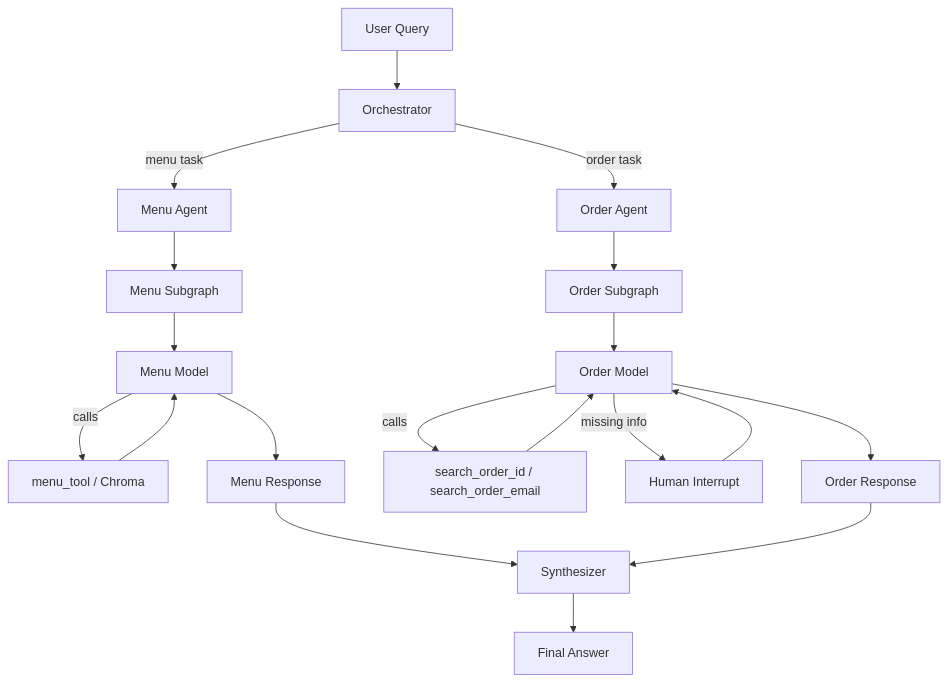
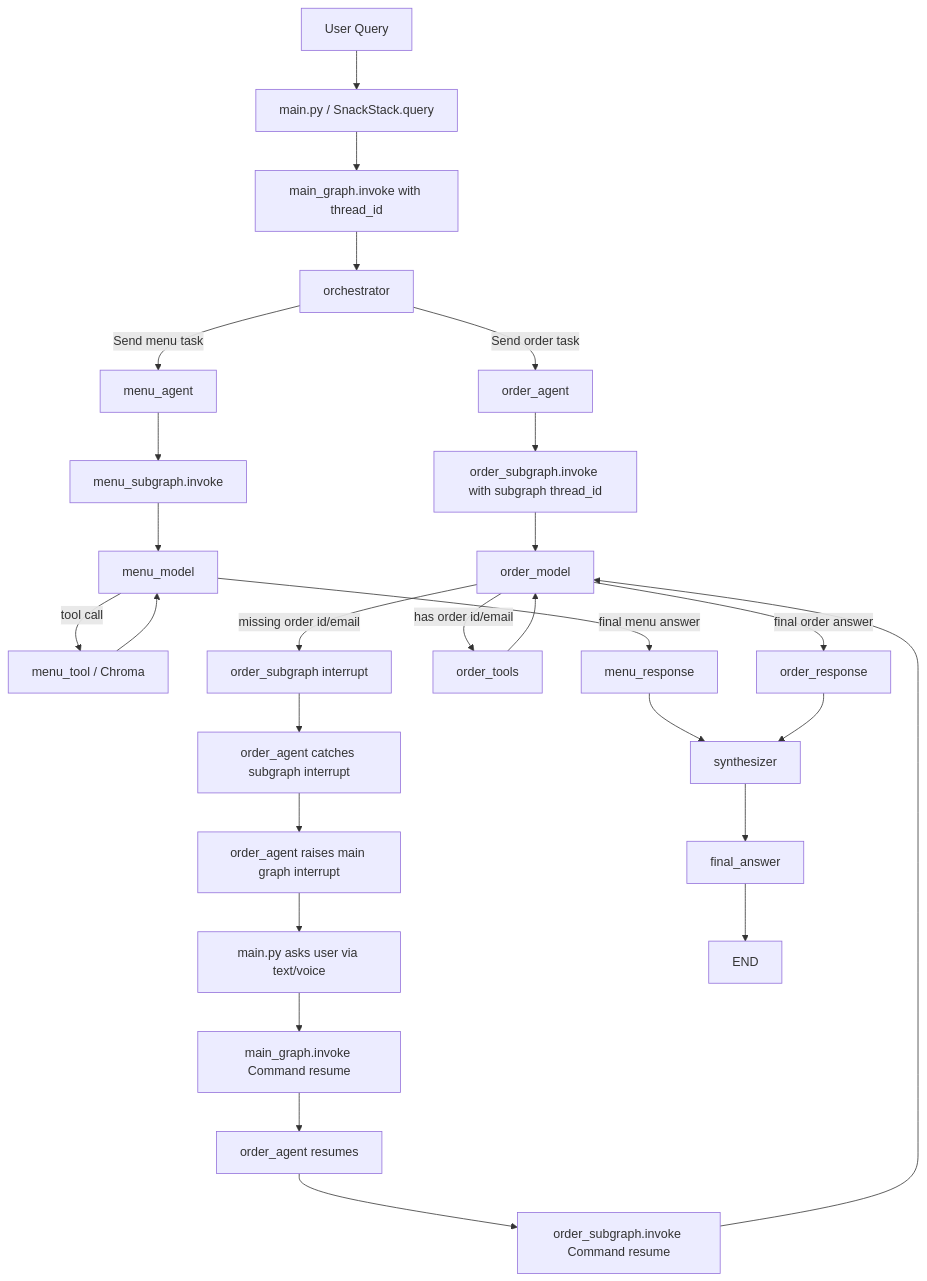
One commit to imnikhilupadhyay/SnackStack_multiModel changed the second of 2 diagrams in README.md. Above: the diagram before and after it, drawn with Mermaid.

Commit message:
updated flow

````diff
--- a/README.md
+++ b/README.md
@@ -122,25 +122,36 @@
 ```mermaid
 flowchart TD
-    A[User Query] --> B[Orchestrator]
+    A[User Query] --> B[main.py / SnackStack.query]
+    B --> C[main_graph.invoke with thread_id]
+    C --> D[orchestrator]
 
-    B -->|menu task| C[Menu Agent]
-    B -->|order task| D[Order Agent]
+    D -->|Send menu task| M[menu_agent]
+    D -->|Send order task| O[order_agent]
 
-    C --> C1[Menu Subgraph]
-    C1 --> C2[Menu Model]
-    C2 -->|calls| C3[menu_tool / Chroma]
-    C3 --> C2
-    C2 --> C4[Menu Response]
+    M --> M1[menu_subgraph.invoke]
+    M1 --> M2[menu_model]
+    M2 -->|tool call| M3[menu_tool / Chroma]
+    M3 --> M2
+    M2 -->|final menu answer| M4[menu_response]
+    M4 --> S[synthesizer]
 
-    D --> D1[Order Subgraph]
-    D1 --> D2[Order Model]
-    D2 -->|calls| D3[search_order_id / search_order_email]
-    D3 --> D2
-    D2 -->|missing info| D4[Human Interrupt]
-    D4 --> D2
-    D2 --> D5[Order Response]
+    O --> O1[order_subgraph.invoke with subgraph thread_id]
+    O1 --> O2[order_model]
 
-    C4 --> E[Synthesizer]
-    D5 --> E
-    E --> F[Final Answer]
+    O2 -->|has order id/email| O3[order_tools]
+    O3 --> O2
+    O2 -->|final order answer| O4[order_response]
+    O4 --> S
+
+    O2 -->|missing order id/email| I1[order_subgraph interrupt]
+    I1 --> O5[order_agent catches subgraph interrupt]
+    O5 --> I2[order_agent raises main graph interrupt]
+    I2 --> UI[main.py asks user via text/voice]
+    UI --> R1[main_graph.invoke Command resume]
+    R1 --> O6[order_agent resumes]
+    O6 --> R2[order_subgraph.invoke Command resume]
+    R2 --> O2
+
+    S --> F[final_answer]
+    F --> Z[END]
 ```
````
